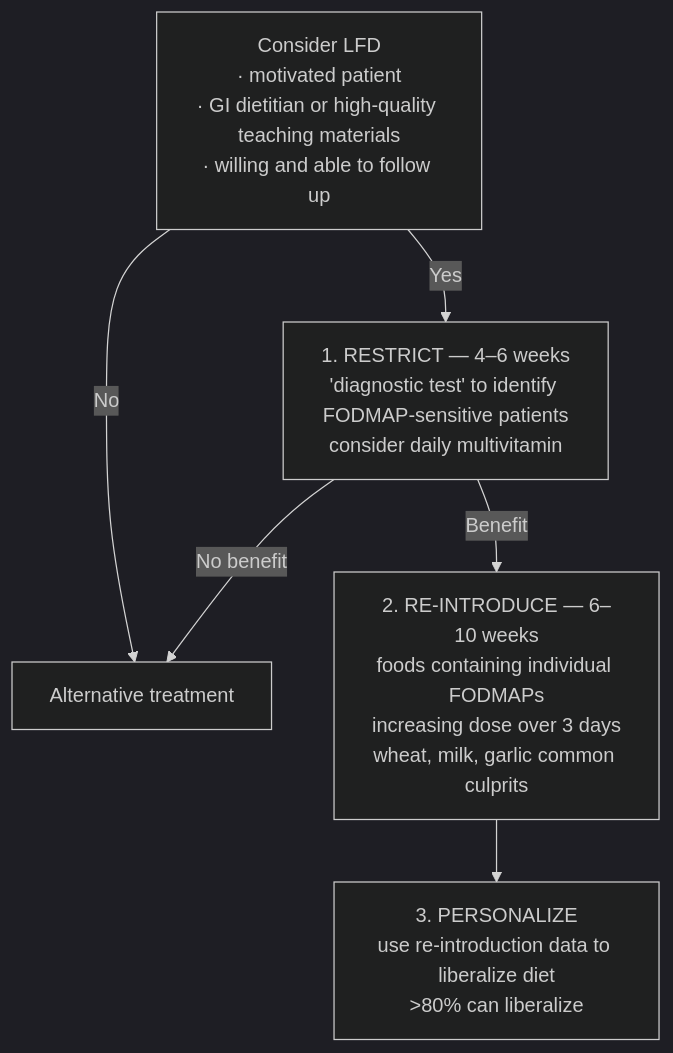
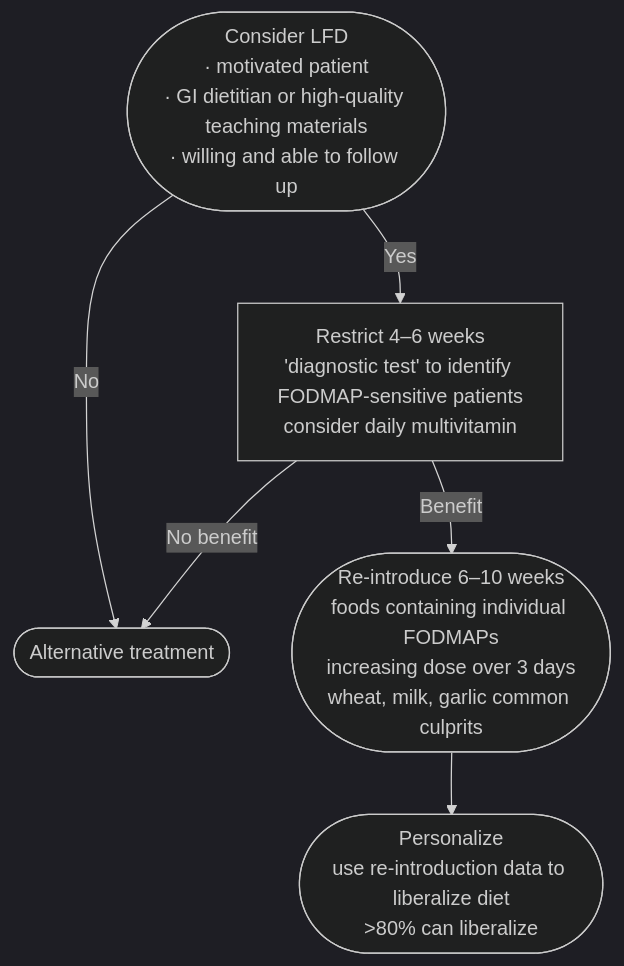
One commit to KHNickLeMD/KHNL-GI-Wiki changed the diagram in KHNL-GI-Wiki/wiki/7-concepts/low-fodmap-diet.md. Above: the diagram before and after it, drawn with Mermaid (dark theme). The commit also changed other lines of this file and 15 other files, not shown here.

Commit message:
lint: quality review sweep — 10 source pages verified; low-FODMAP diet reviewed + verified

````diff
--- a/KHNL-GI-Wiki/wiki/7-concepts/low-fodmap-diet.md
+++ b/KHNL-GI-Wiki/wiki/7-concepts/low-fodmap-diet.md
@@ -51,8 +52,12 @@
 ```mermaid
 flowchart TD
-    A["Consider LFD<br/>· motivated patient<br/>· GI dietitian or high-quality teaching materials<br/>· willing and able to follow up"] -- "No" --> Z["Alternative treatment"]
-    A -- "Yes" --> B["1. RESTRICT — 4–6 weeks<br/>'diagnostic test' to identify FODMAP-sensitive patients<br/>consider daily multivitamin"]
+    A(["Consider LFD<br/>· motivated patient<br/>· GI dietitian or high-quality teaching materials<br/>· willing and able to follow up"]) -- "No" --> Z(["Alternative treatment"])
+    A -- "Yes" --> B["Restrict 4–6 weeks<br/>'diagnostic test' to identify FODMAP-sensitive patients<br/>consider daily multivitamin"]
     B -- "No benefit" --> Z
-    B -- "Benefit" --> C["2. RE-INTRODUCE — 6–10 weeks<br/>foods containing individual FODMAPs<br/>increasing dose over 3 days<br/>wheat, milk, garlic common culprits"]
-    C --> D["3. PERSONALIZE<br/>use re-introduction data to liberalize diet<br/>&gt;80% can liberalize"]
+    B -- "Benefit" --> C(["Re-introduce 6–10 weeks<br/>foods containing individual FODMAPs<br/>increasing dose over 3 days<br/>wheat, milk, garlic common culprits"])
+    C --> D(["Personalize<br/>use re-introduction data to liberalize diet<br/>>80% can liberalize"])
+    class A start
+    class B test
+    class C,D act
+    class Z stop
 ```
````
